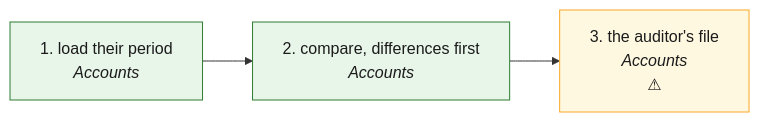
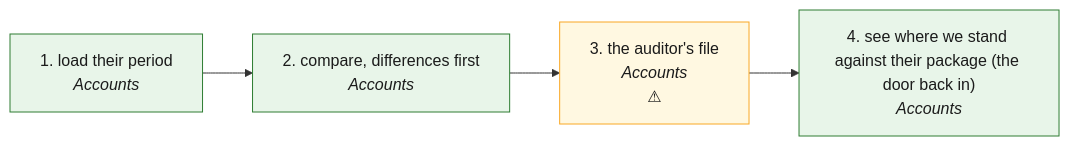
The diagram in docs/process/PRN-flow.md (maharishia07/chitbridge-web), drawn with Mermaid before and after one commit. The commit also changed other lines of this file and 3 other files, not shown here.

````diff
--- a/docs/process/PRN-flow.md
+++ b/docs/process/PRN-flow.md
@@ -7,12 +7,13 @@
 ```mermaid
 flowchart LR
   S1["1. load their period<br/><i>Accounts</i>"]
   S2["2. compare, differences first<br/><i>Accounts</i>"]
   S3["3. the auditor's file<br/><i>Accounts</i><br/>⚠"]
-  S1 --> S2 --> S3
+  S4["4. see where we stand against their package (the door back in)<br/><i>Accounts</i>"]
+  S1 --> S2 --> S3 --> S4
   classDef ok fill:#e8f5e9,stroke:#2e7d32,color:#1b1b1b
   classDef warn fill:#fff8e1,stroke:#f9a825,color:#1b1b1b
   classDef missing fill:#fafafa,stroke:#9e9e9e,stroke-dasharray:5 5,color:#616161
-  class S1,S2 ok
+  class S1,S2,S4 ok
   class S3 warn
 ```
````
